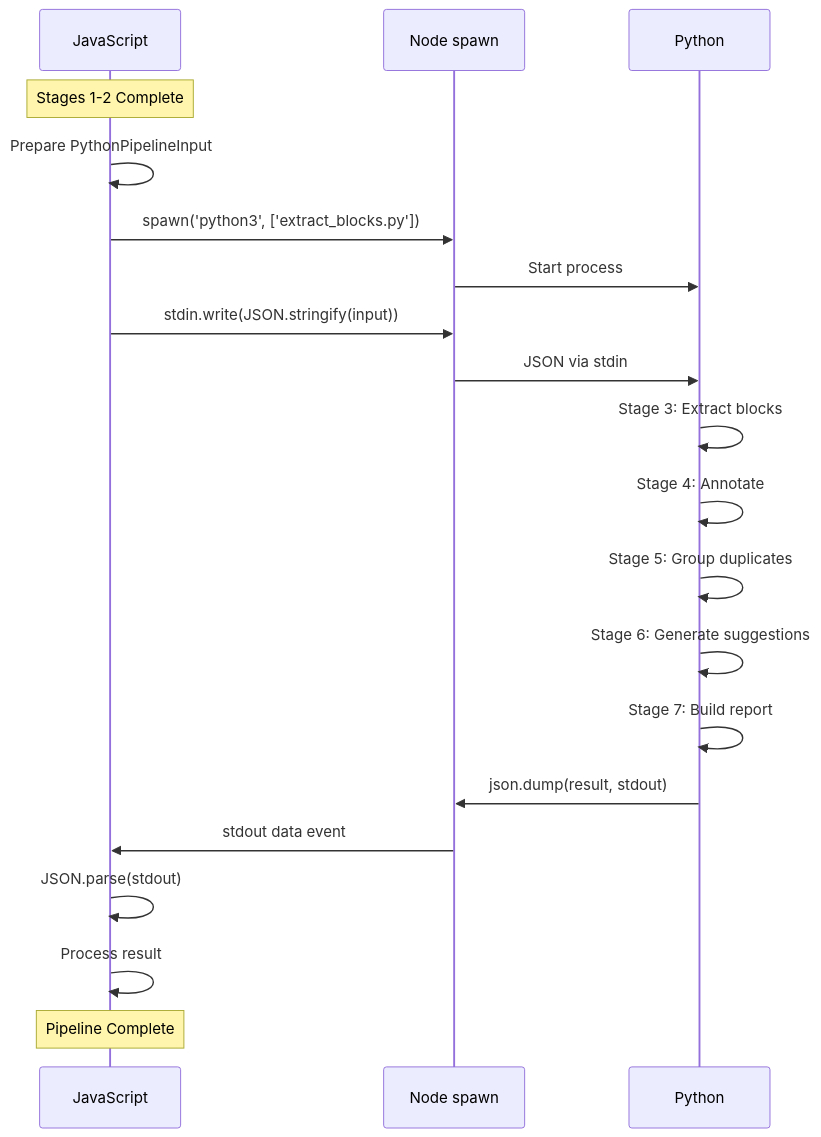
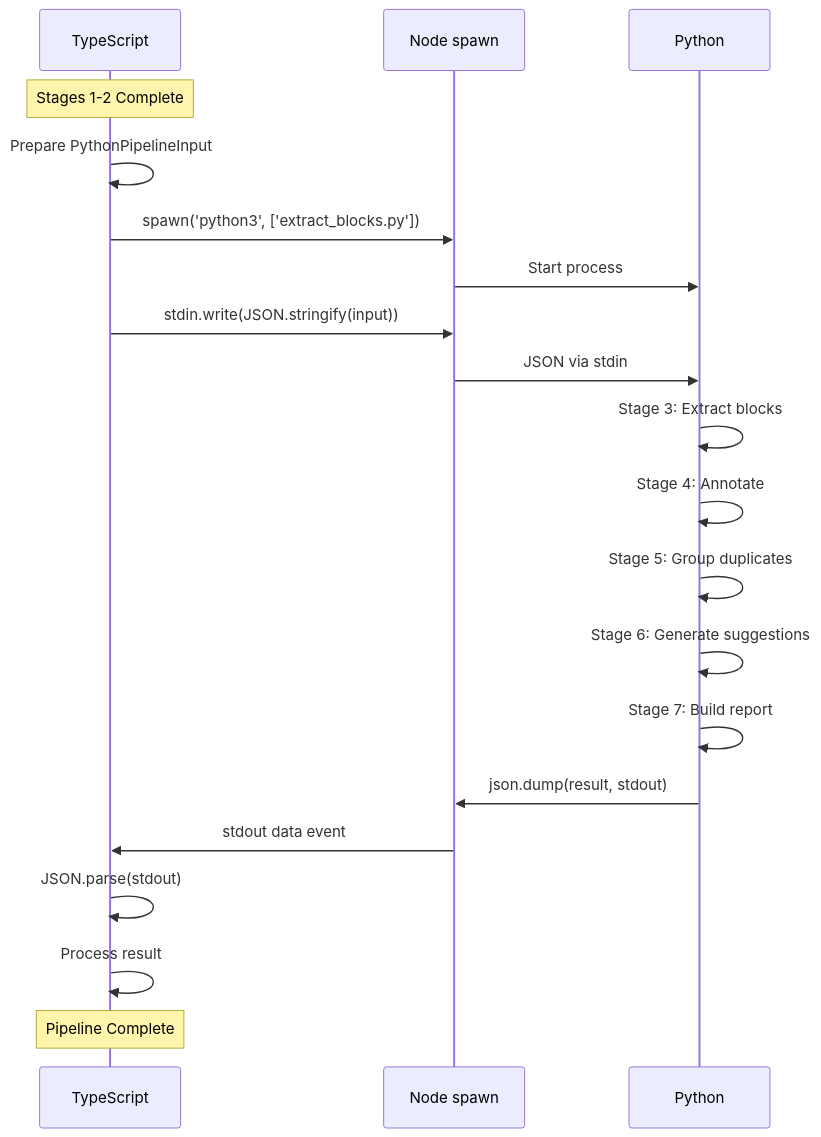
Before and after one commit to integritystudio/AlephAuto: diagram 12 of 14 in docs/architecture/SYSTEM-DATA-FLOW.md, drawn with Mermaid. The commit also changed other lines of this file and 9 other files, not shown here.

````diff
--- a/docs/architecture/SYSTEM-DATA-FLOW.md
+++ b/docs/architecture/SYSTEM-DATA-FLOW.md
@@ -658,30 +658,30 @@
 ```mermaid
 sequenceDiagram
-    participant JS as JavaScript
+    participant JS as TypeScript
     participant Spawn as Node spawn
     participant PY as Python
 
     Note over JS: Stages 1-2 Complete
 
     JS->>JS: Prepare PythonPipelineInput
     JS->>Spawn: spawn('python3', ['extract_blocks.py'])
 
     Spawn->>PY: Start process
 
     JS->>Spawn: stdin.write(JSON.stringify(input))
     Spawn->>PY: JSON via stdin
 
     PY->>PY: Stage 3: Extract blocks
     PY->>PY: Stage 4: Annotate
     PY->>PY: Stage 5: Group duplicates
     PY->>PY: Stage 6: Generate suggestions
     PY->>PY: Stage 7: Build report
 
     PY->>Spawn: json.dump(result, stdout)
     Spawn->>JS: stdout data event
 
     JS->>JS: JSON.parse(stdout)
     JS->>JS: Process result
 
     Note over JS: Pipeline Complete
 ```
````
